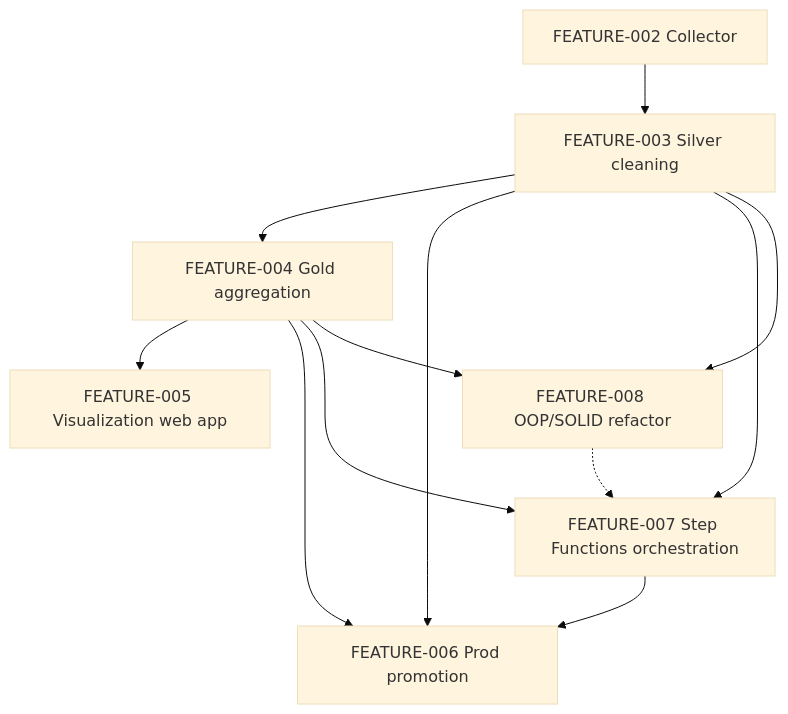
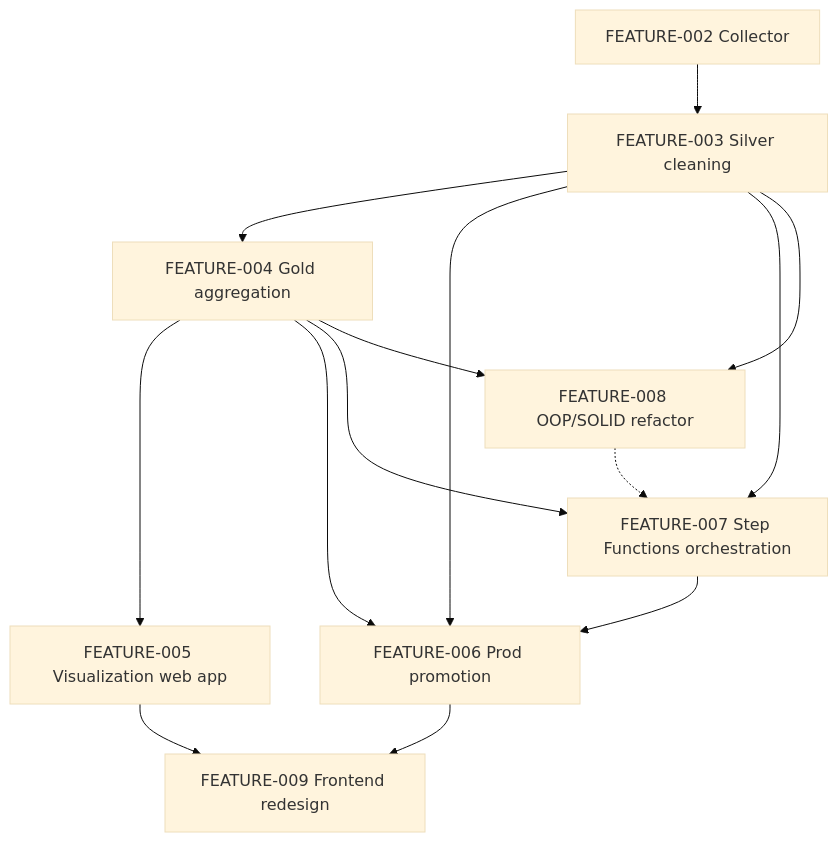
Before and after one commit to LeopoldWalther/vlc-real-estate-analytics: the diagram in dev/plans/README.md, drawn with Mermaid (base theme). The commit also changed other lines of this file and 1 other file, not shown here.

Commit message:
docs(plans): FEATURE-009 frontend  mobile-first + professional polishredesign

````diff
--- a/dev/plans/README.md
+++ b/dev/plans/README.md
@@ -23,14 +24,16 @@
 ```mermaid
 graph TD
     F002[FEATURE-002 Collector] --> F003[FEATURE-003 Silver cleaning]
     F003 --> F004[FEATURE-004 Gold aggregation]
     F004 --> F005[FEATURE-005 Visualization web app]
     F003 --> F006[FEATURE-006 Prod promotion]
     F004 --> F006
     F003 --> F007[FEATURE-007 Step Functions orchestration]
     F004 --> F007
     F007 --> F006
     F003 --> F008[FEATURE-008 OOP/SOLID refactor]
     F004 --> F008
     F008 -.-> F007
+    F005 --> F009[FEATURE-009 Frontend redesign]
+    F006 --> F009
 ```
````
